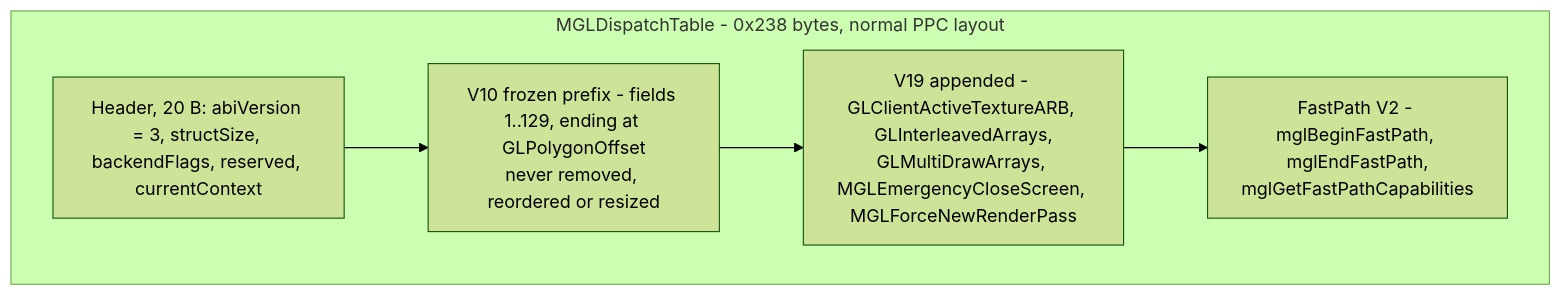
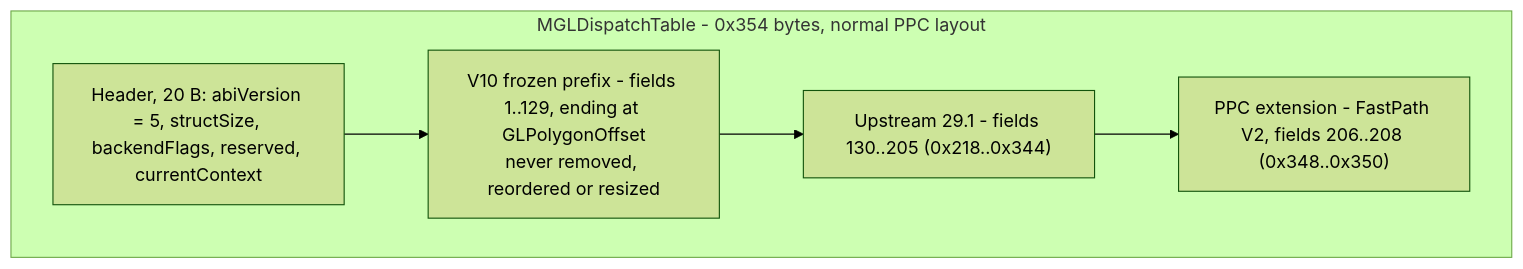
The diagram in docs/dispatch-abi.md (mirq/R200_MiniGL_PPC), drawn with Mermaid (forest theme) before and after one commit. The commit also changed other lines of this file and 168 other files, not shown here.

````diff
--- a/docs/dispatch-abi.md
+++ b/docs/dispatch-abi.md
@@ -60,10 +80,10 @@
 ```mermaid
 flowchart TB
-    subgraph T["MGLDispatchTable - 0x238 bytes, normal PPC layout"]
-        HDR["Header, 20 B: abiVersion = 3, structSize, backendFlags, reserved, currentContext"]
+    subgraph T["MGLDispatchTable - 0x354 bytes, normal PPC layout"]
+        HDR["Header, 20 B: abiVersion = 5, structSize, backendFlags, reserved, currentContext"]
         V10["V10 frozen prefix - fields 1..129, ending at GLPolygonOffset<br/>never removed, reordered or resized"]
-        V19["V19 appended - GLClientActiveTextureARB, GLInterleavedArrays,<br/>GLMultiDrawArrays, MGLEmergencyCloseScreen, MGLForceNewRenderPass"]
-        FP["FastPath V2 - mglBeginFastPath, mglEndFastPath,<br/>mglGetFastPathCapabilities"]
+        UP["Upstream 29.1 - fields 130..205 (0x218..0x344)"]
+        FP["PPC extension - FastPath V2, fields 206..208 (0x348..0x350)"]
     end
-    HDR --> V10 --> V19 --> FP
+    HDR --> V10 --> UP --> FP
 ```
````
